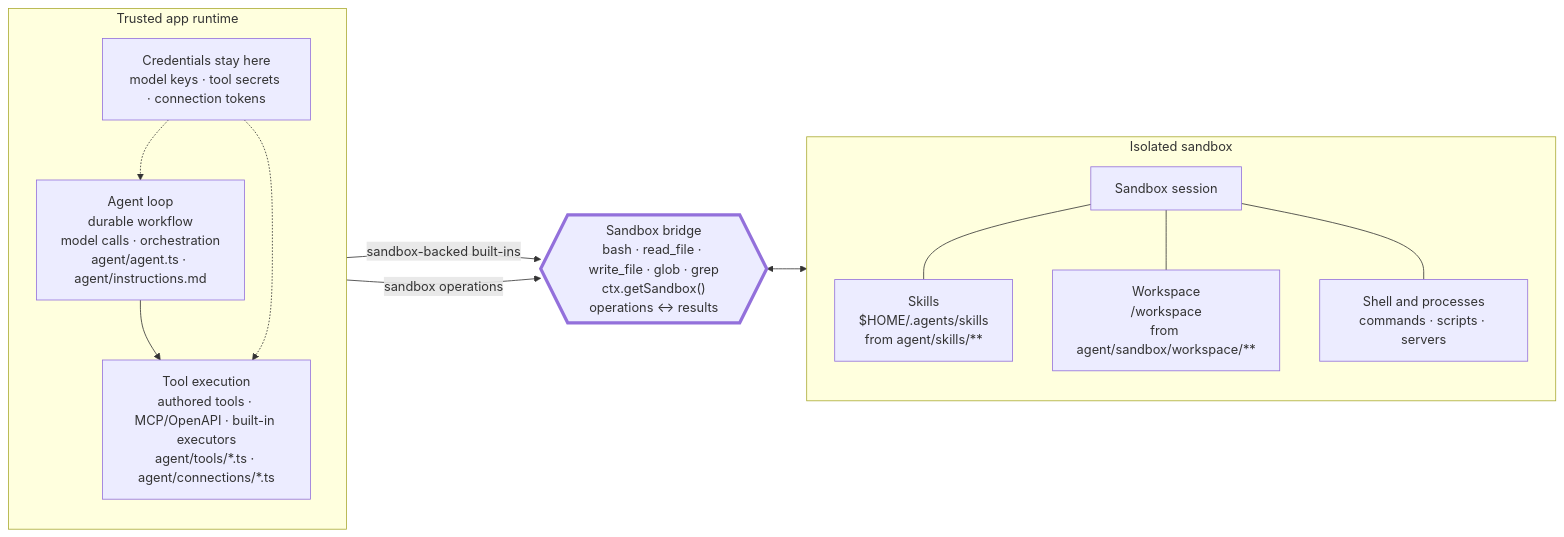
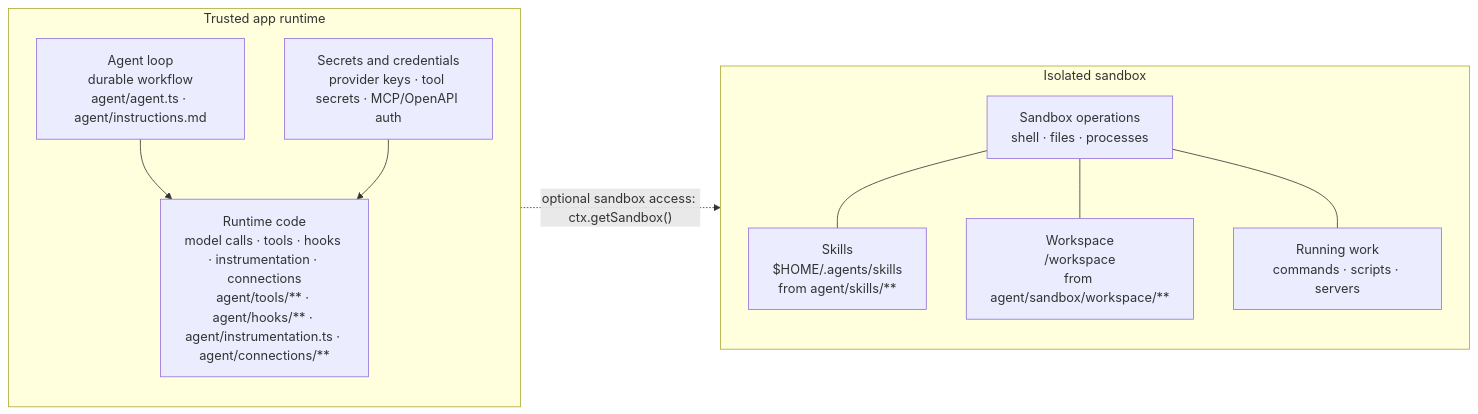
One commit to vercel/eve changed the diagram in docs/concepts/execution-model-and-durability.md. Above: the diagram before and after it, drawn with Mermaid. The commit also changed other lines of this file, not shown here.

Commit message:
docs(eve): clarify logical sandbox access

````diff
--- a/docs/concepts/execution-model-and-durability.md
+++ b/docs/concepts/execution-model-and-durability.md
@@ -45,31 +45,24 @@
 ```mermaid
 flowchart LR
   subgraph App["Trusted app runtime"]
     direction TB
-    Loop["Agent loop<br/>durable workflow<br/>model calls · orchestration<br/>agent/agent.ts · agent/instructions.md"]
-    AppTools["Tool execution<br/>authored tools · MCP/OpenAPI · built-in executors<br/>agent/tools/*.ts · agent/connections/*.ts"]
-    Credentials["Credentials stay here<br/>model keys · tool secrets · connection tokens"]
-    Loop --> AppTools
-    Credentials -.-> Loop
-    Credentials -.-> AppTools
+    Loop["Agent loop<br/>durable workflow<br/>agent/agent.ts · agent/instructions.md"]
+    Runtime["Runtime code<br/>model calls · tools · hooks · instrumentation · connections<br/>agent/tools/** · agent/hooks/** · agent/instrumentation.ts · agent/connections/**"]
+    Credentials["Secrets and credentials<br/>provider keys · tool secrets · MCP/OpenAPI auth"]
+    Loop --> Runtime
+    Credentials --> Runtime
   end
 
-  Bridge{{"Sandbox bridge<br/>bash · read_file · write_file · glob · grep<br/>ctx.getSandbox()<br/>operations ↔ results"}}
-
-  subgraph Isolated["Isolated sandbox"]
+  subgraph Sandbox["Isolated sandbox"]
     direction TB
-    Session["Sandbox session"]
+    Operations["Sandbox operations<br/>shell · files · processes"]
     Skills["Skills<br/>$HOME/.agents/skills<br/>from agent/skills/**"]
     Workspace["Workspace<br/>/workspace<br/>from agent/sandbox/workspace/**"]
-    Processes["Shell and processes<br/>commands · scripts · servers"]
-    Session --- Skills
-    Session --- Workspace
-    Session --- Processes
+    Processes["Running work<br/>commands · scripts · servers"]
+    Operations --- Skills
+    Operations --- Workspace
+    Operations --- Processes
   end
 
-  Loop -->|"sandbox-backed built-ins"| Bridge
-  AppTools -->|"sandbox operations"| Bridge
-  Bridge <--> Session
-
-  style Bridge stroke-width:4px
+  Runtime -.->|"optional sandbox access: ctx.getSandbox()"| Operations
 ```
````
